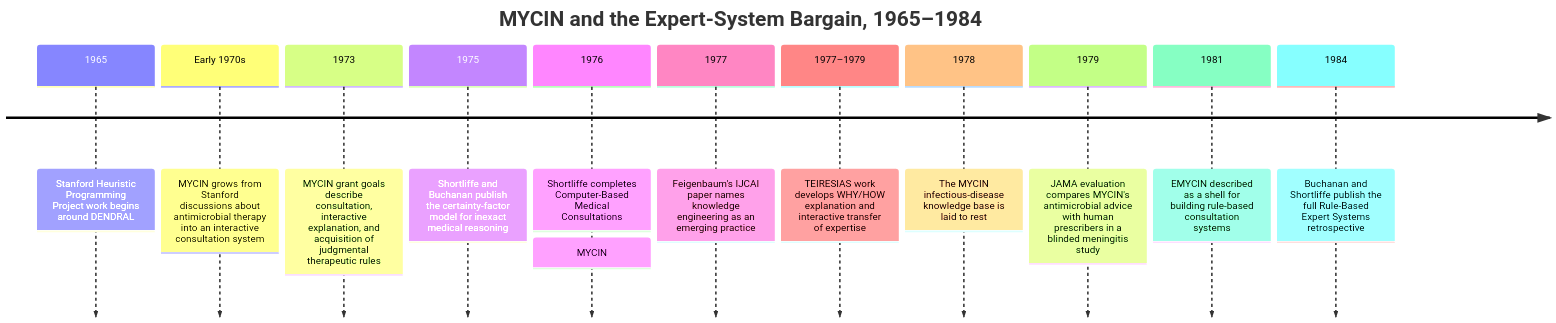
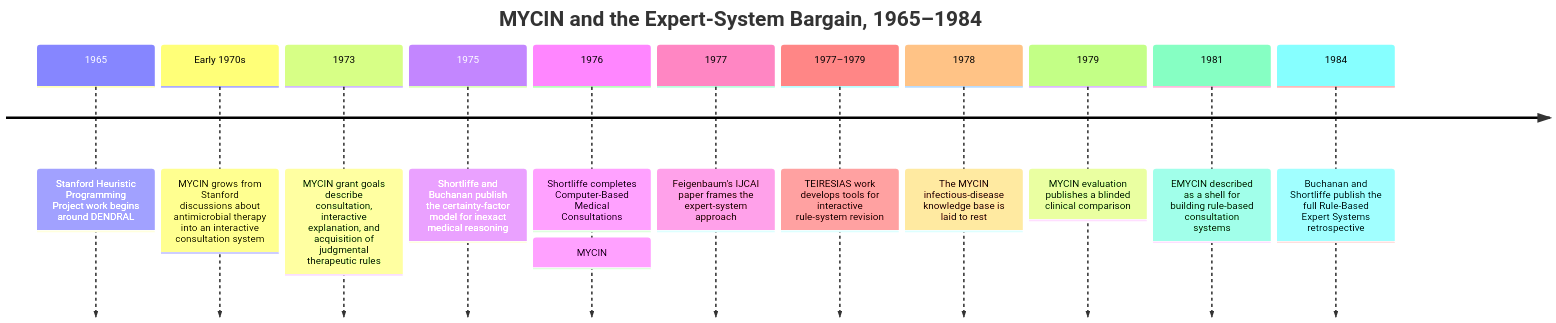
One commit to kube-dojo/kube-dojo changed the diagram in src/content/docs/ai-history/ch-19-rules-experts-and-the-knowledge-bottleneck.md. Above: the diagram before and after it, drawn with Mermaid. The commit also changed other lines of this file and 2 other files, not shown here.

````diff
--- a/src/content/docs/ai-history/ch-19-rules-experts-and-the-knowledge-bottleneck.md
+++ b/src/content/docs/ai-history/ch-19-rules-experts-and-the-knowledge-bottleneck.md
@@ -30,15 +30,15 @@
 ```mermaid
 timeline
     title MYCIN and the Expert-System Bargain, 1965–1984
     1965 : Stanford Heuristic Programming Project work begins around DENDRAL
     Early 1970s : MYCIN grows from Stanford discussions about antimicrobial therapy into an interactive consultation system
     1973 : MYCIN grant goals describe consultation, interactive explanation, and acquisition of judgmental therapeutic rules
     1975 : Shortliffe and Buchanan publish the certainty-factor model for inexact medical reasoning
     1976 : Shortliffe completes Computer-Based Medical Consultations: MYCIN
-    1977 : Feigenbaum's IJCAI paper names knowledge engineering as an emerging practice
-    1977–1979 : TEIRESIAS work develops WHY/HOW explanation and interactive transfer of expertise
+    1977 : Feigenbaum's IJCAI paper frames the expert-system approach
+    1977–1979 : TEIRESIAS work develops tools for interactive rule-system revision
     1978 : The MYCIN infectious-disease knowledge base is laid to rest
-    1979 : JAMA evaluation compares MYCIN's antimicrobial advice with human prescribers in a blinded meningitis study
+    1979 : MYCIN evaluation publishes a blinded clinical comparison
     1981 : EMYCIN described as a shell for building rule-based consultation systems
     1984 : Buchanan and Shortliffe publish the full Rule-Based Expert Systems retrospective
 ```
````
